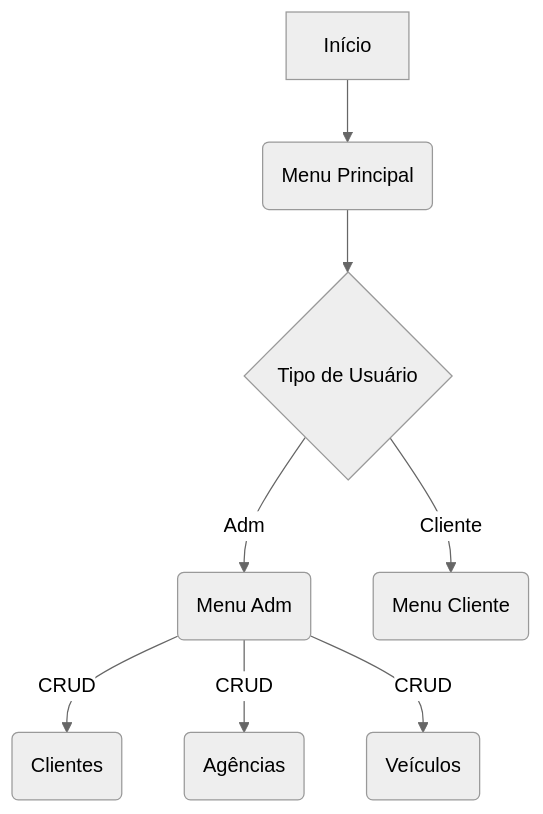
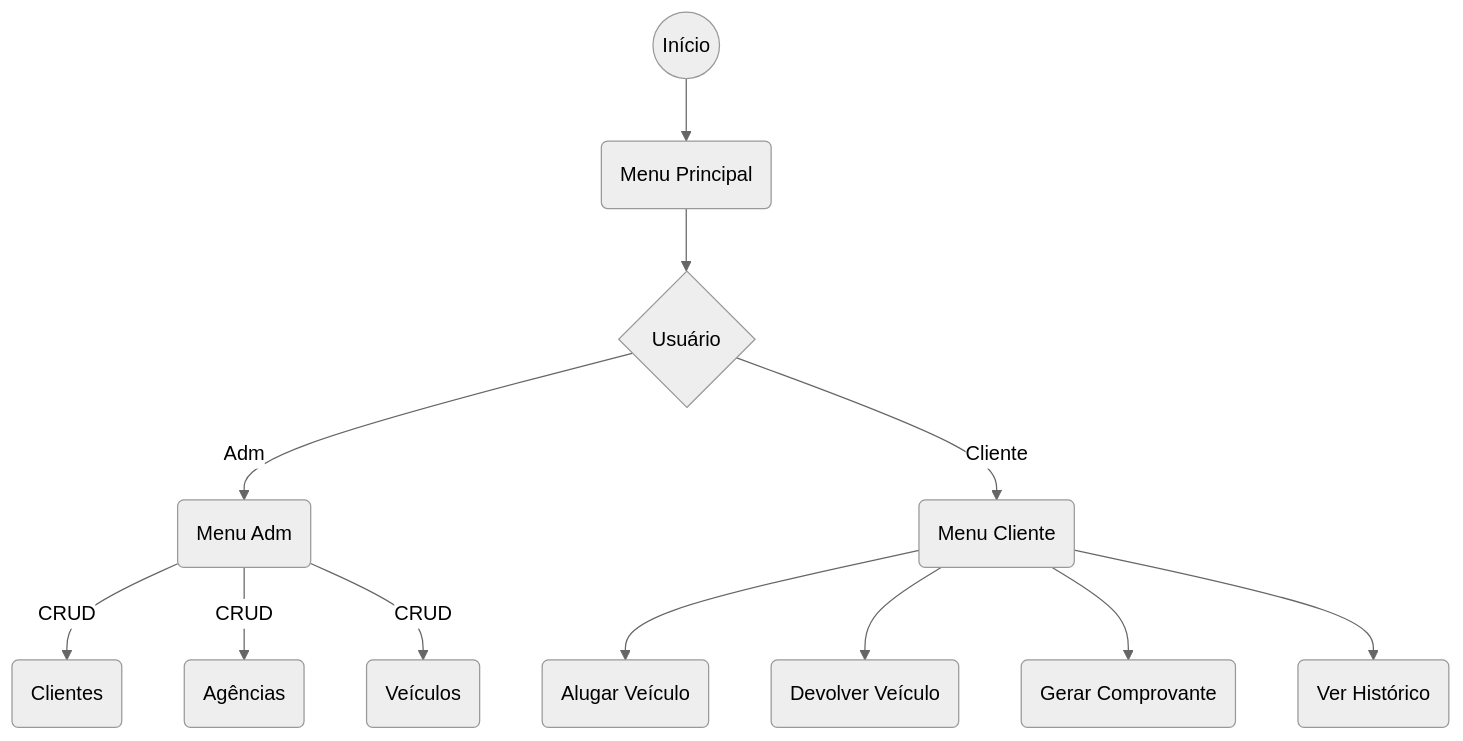
Before and after one commit to danielrdrgsn/projeto-rental-cars: the second of 2 diagrams in README.md, drawn with Mermaid (neutral theme).

Commit message:
Fluxograma Menus, no README, atualizado

````diff
--- a/README.md
+++ b/README.md
@@ -60,10 +60,14 @@
 ```mermaid
 flowchart TD
-    A[Início] --> B(Menu Principal)
-    B --> C{Tipo de Usuário}
+    A((Início)) --> B(Menu Principal)
+    B --> C{Usuário}
     C -- Adm --> D(Menu Adm)
     C -- Cliente --> E(Menu Cliente)
     D -- CRUD --> F(Clientes)
     D -- CRUD --> G(Agências)
     D -- CRUD --> H(Veículos)
+    E --> I(Alugar Veículo)
+    E --> J(Devolver Veículo)
+    E --> K(Gerar Comprovante)
+    E --> L(Ver Histórico)
 ```
````
